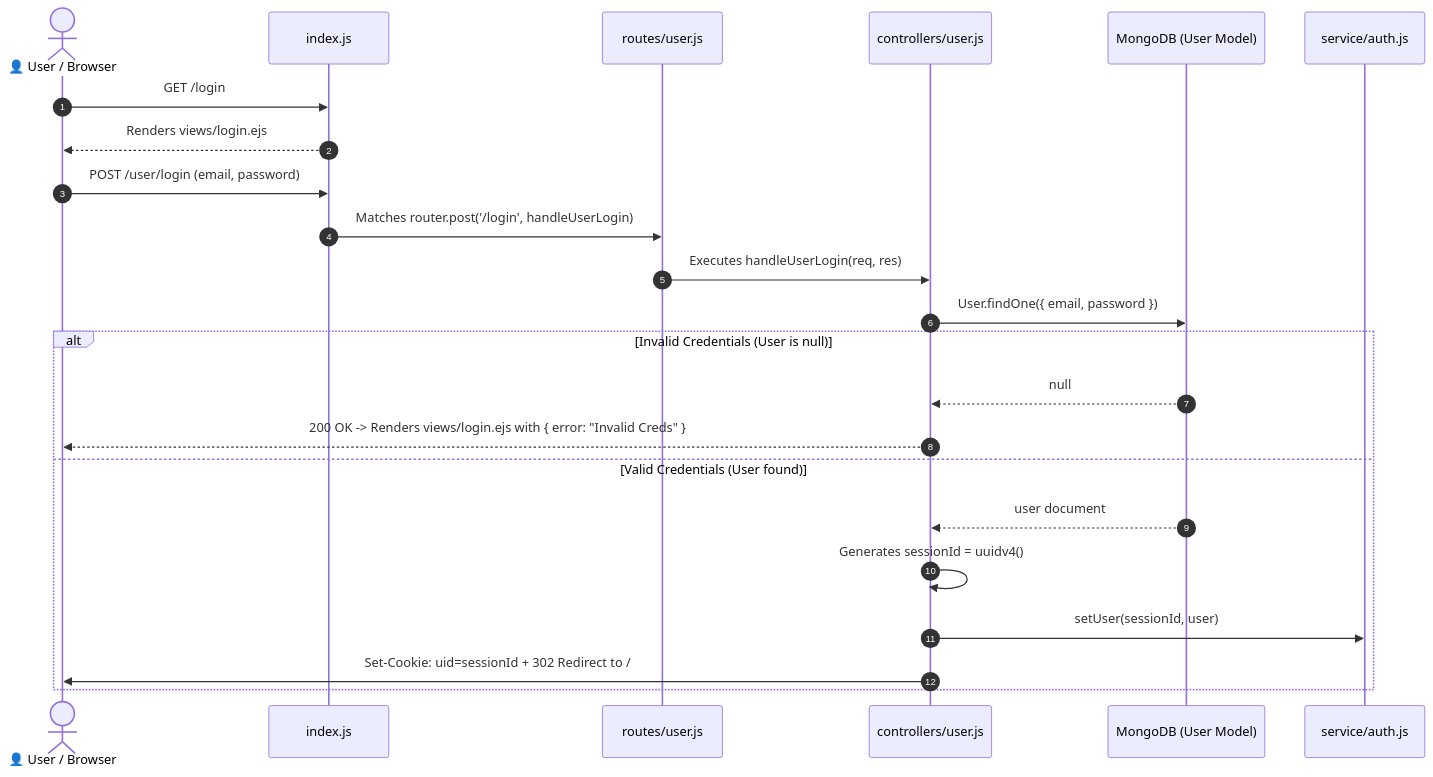
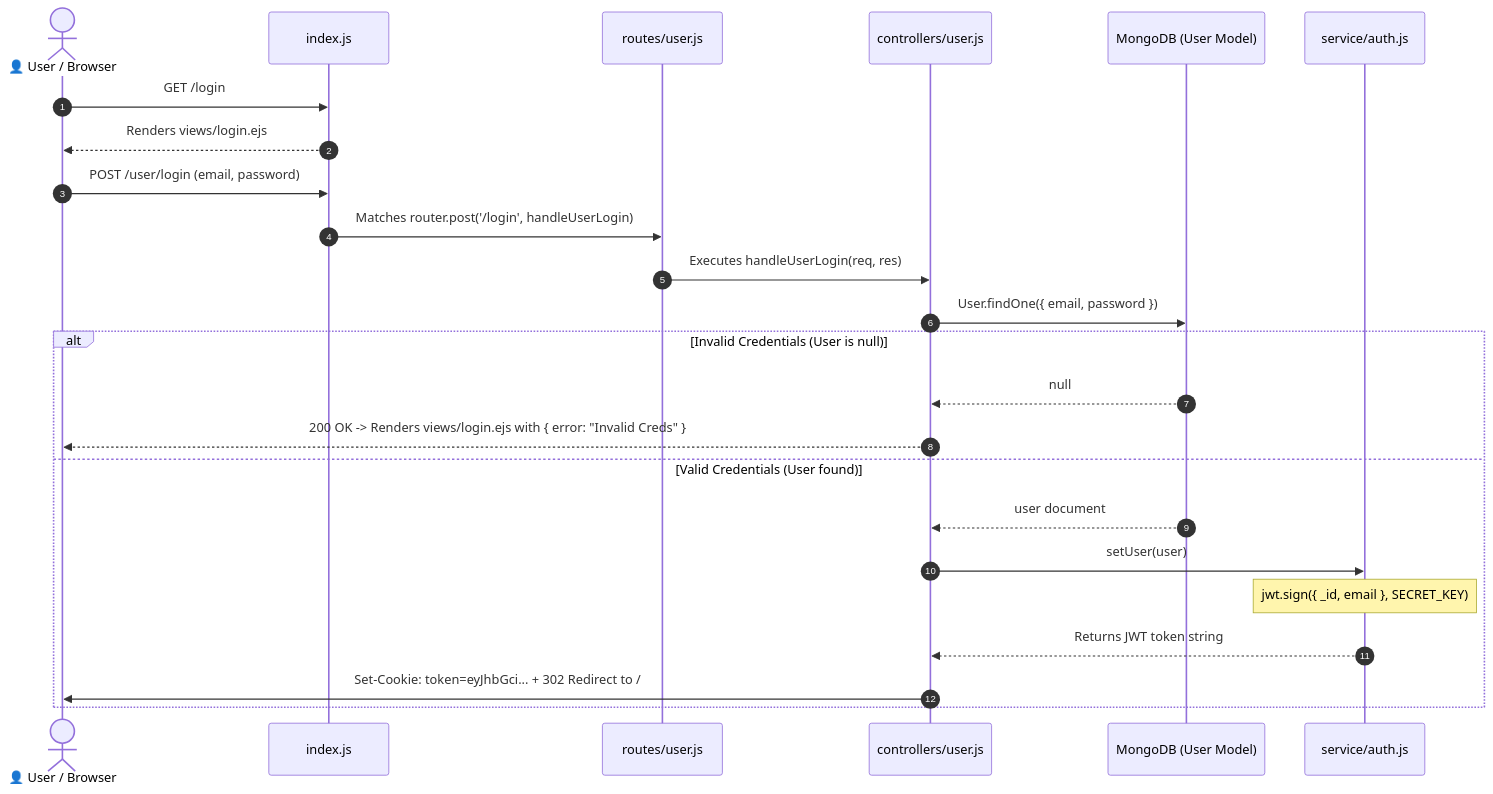
One commit to divyal-11/backend-work changed the third of 6 diagrams in short-url/AUTH_FLOW.md. Above: the diagram before and after it, drawn with Mermaid. The commit also changed other lines of this file, not shown here.

Commit message:
updated auth flow - JWT based

````diff
--- a/short-url/AUTH_FLOW.md
+++ b/short-url/AUTH_FLOW.md
@@ -107,29 +141,30 @@
 ```mermaid
 sequenceDiagram
     autonumber
     actor User as 👤 User / Browser
     participant Index as index.js
     participant Route as routes/user.js
     participant Ctrl as controllers/user.js
     participant DB as MongoDB (User Model)
-    participant Auth as service/auth.js
+    participant JWT as service/auth.js
 
     User->>Index: GET /login
     Index-->>User: Renders views/login.ejs
 
     User->>Index: POST /user/login (email, password)
     Index->>Route: Matches router.post('/login', handleUserLogin)
     Route->>Ctrl: Executes handleUserLogin(req, res)
 
     Ctrl->>DB: User.findOne({ email, password })
     
     alt Invalid Credentials (User is null)
         DB-->>Ctrl: null
         Ctrl-->>User: 200 OK -> Renders views/login.ejs with { error: "Invalid Creds" }
     else Valid Credentials (User found)
         DB-->>Ctrl: user document
-        Ctrl->>Ctrl: Generates sessionId = uuidv4()
-        Ctrl->>Auth: setUser(sessionId, user)
-        Ctrl->>User: Set-Cookie: uid=sessionId + 302 Redirect to /
+        Ctrl->>JWT: setUser(user)
+        Note over JWT: jwt.sign({ _id, email }, SECRET_KEY)
+        JWT-->>Ctrl: Returns JWT token string
+        Ctrl->>User: Set-Cookie: token=eyJhbGci... + 302 Redirect to /
     end
 ```
````
